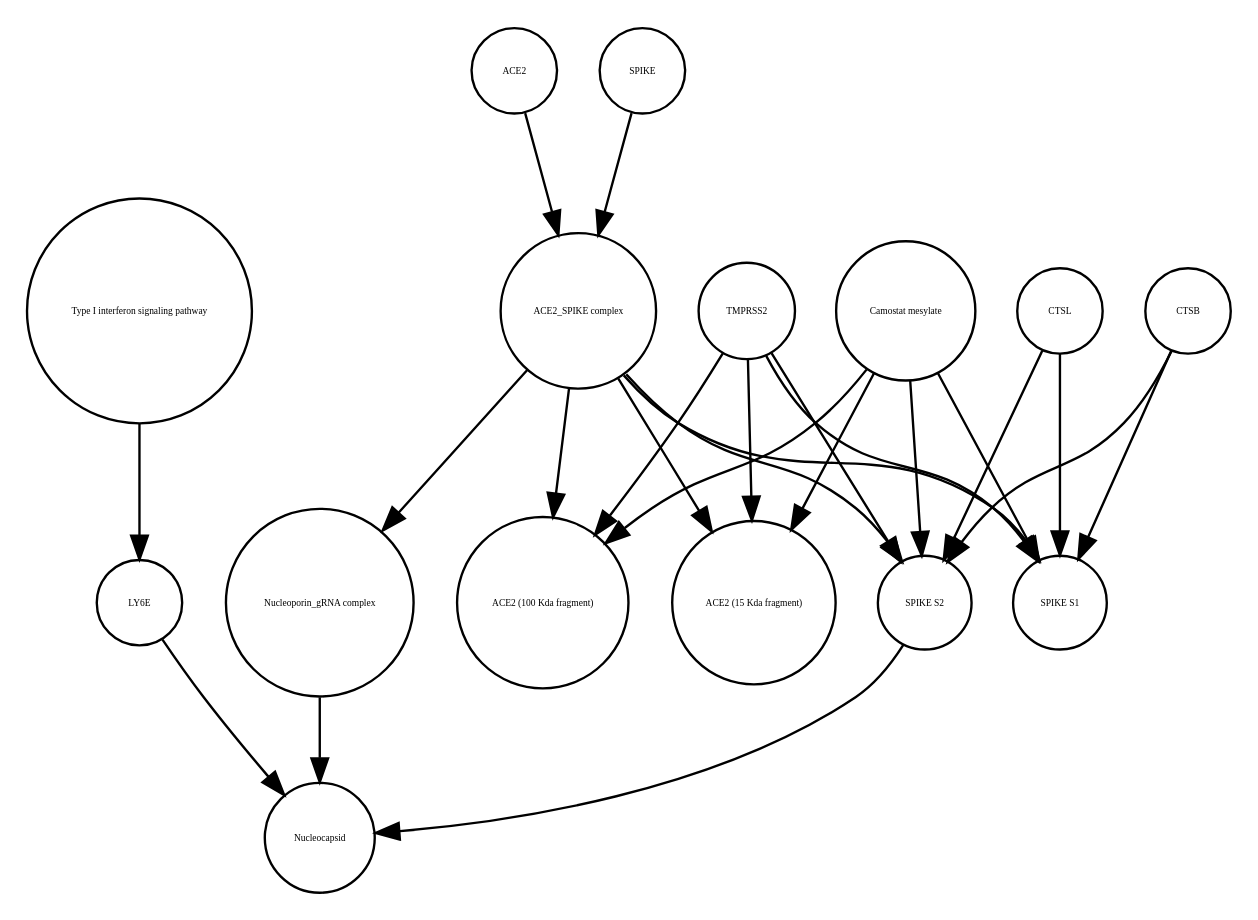
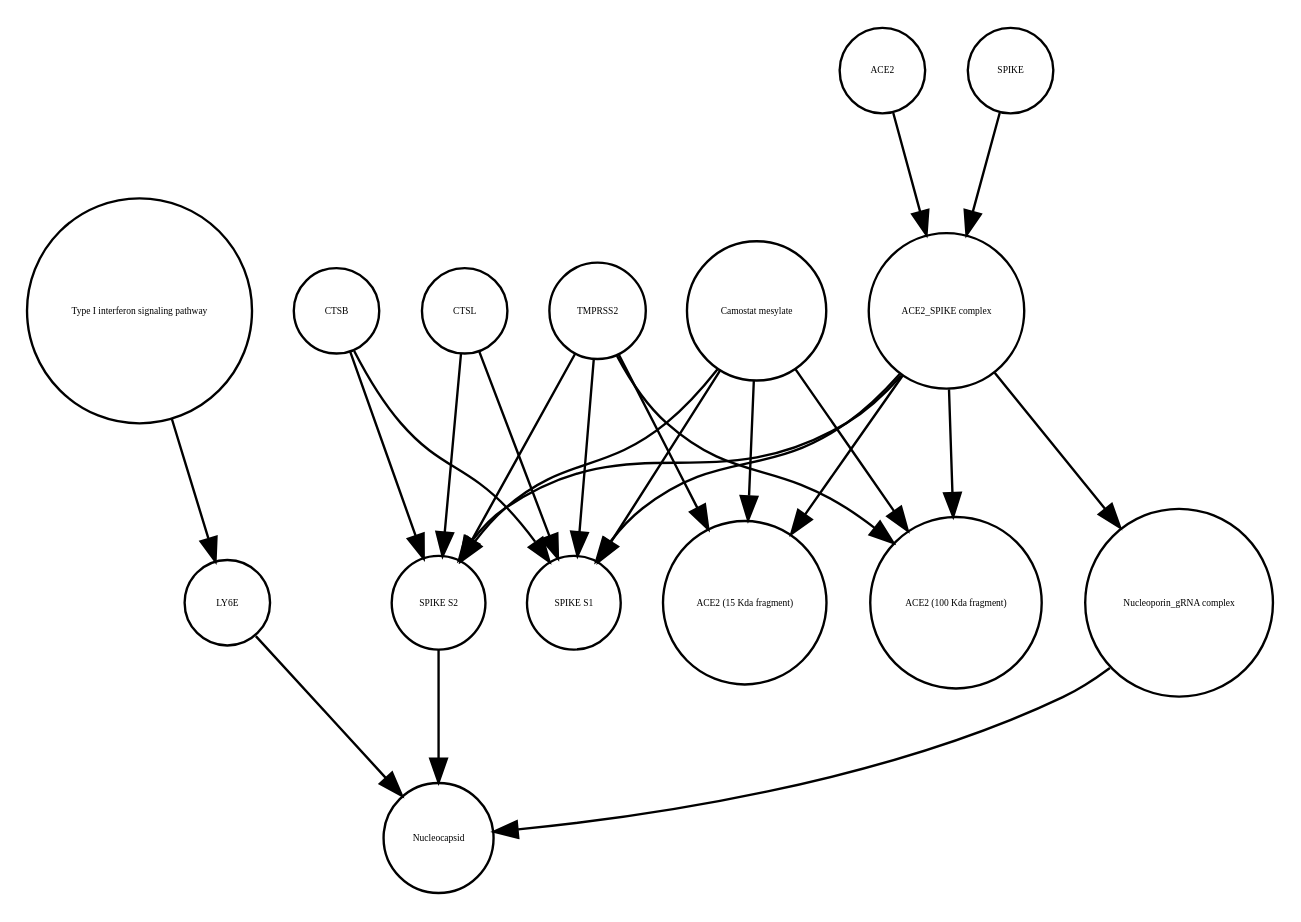
The diagram in Virus_replication_cycle_V02.xml_projected.dot (cannin/covid19-sbgn), drawn with Graphviz before and after one commit. The commit also changed other lines of this file and 580 other files, not shown here.

```diff
--- a/Virus_replication_cycle_V02.xml_projected.dot
+++ b/Virus_replication_cycle_V02.xml_projected.dot
@@ -1,40 +1,40 @@
 strict digraph  {
 "Type I interferon signaling pathway" [annotation="", bipartite=0, cls=phenotype, fontsize=4, label="Type I interferon signaling pathway", shape=circle];
 LY6E [annotation="", bipartite=0, cls=macromolecule, fontsize=4, label=LY6E, shape=circle];
 "ACE2_SPIKE complex" [annotation="", bipartite=0, cls=complex, fontsize=4, label="ACE2_SPIKE complex", shape=circle];
-"ACE2 (100 Kda fragment)" [annotation="", bipartite=0, cls=macromolecule, fontsize=4, label="ACE2 (100 Kda fragment)", shape=circle];
-Nucleocapsid [annotation="", bipartite=0, cls=complex, fontsize=4, label=Nucleocapsid, shape=circle];
-TMPRSS2 [annotation="", bipartite=0, cls=macromolecule, fontsize=4, label=TMPRSS2, shape=circle];
+"SPIKE S2" [annotation="", bipartite=0, cls=macromolecule, fontsize=4, label="SPIKE S2", shape=circle];
+ACE2 [annotation="", bipartite=0, cls=macromolecule, fontsize=4, label=ACE2, shape=circle];
 "ACE2 (15 Kda fragment)" [annotation="", bipartite=0, cls=macromolecule, fontsize=4, label="ACE2 (15 Kda fragment)", shape=circle];
-"SPIKE S2" [annotation="", bipartite=0, cls=macromolecule, fontsize=4, label="SPIKE S2", shape=circle];
-CTSL [annotation="", bipartite=0, cls=macromolecule, fontsize=4, label=CTSL, shape=circle];
-ACE2 [annotation="", bipartite=0, cls=macromolecule, fontsize=4, label=ACE2, shape=circle];
-SPIKE [annotation="", bipartite=0, cls="macromolecule multimer", fontsize=4, label=SPIKE, shape=circle];
-"Camostat mesylate" [annotation="urn_miriam_pubchem.compound_2536", bipartite=0, cls="simple chemical", fontsize=4, label="Camostat mesylate", shape=circle];
 CTSB [annotation="", bipartite=0, cls=macromolecule, fontsize=4, label=CTSB, shape=circle];
 "Nucleoporin_gRNA complex " [annotation="", bipartite=0, cls=complex, fontsize=4, label="Nucleoporin_gRNA complex ", shape=circle];
+CTSL [annotation="", bipartite=0, cls=macromolecule, fontsize=4, label=CTSL, shape=circle];
+TMPRSS2 [annotation="", bipartite=0, cls=macromolecule, fontsize=4, label=TMPRSS2, shape=circle];
+SPIKE [annotation="", bipartite=0, cls="macromolecule multimer", fontsize=4, label=SPIKE, shape=circle];
 "SPIKE S1" [annotation="", bipartite=0, cls=macromolecule, fontsize=4, label="SPIKE S1", shape=circle];
+"Camostat mesylate" [annotation="urn_miriam_pubchem.compound_2536", bipartite=0, cls="simple chemical", fontsize=4, label="Camostat mesylate", shape=circle];
+Nucleocapsid [annotation="", bipartite=0, cls=complex, fontsize=4, label=Nucleocapsid, shape=circle];
+"ACE2 (100 Kda fragment)" [annotation="", bipartite=0, cls=macromolecule, fontsize=4, label="ACE2 (100 Kda fragment)", shape=circle];
 "Type I interferon signaling pathway" -> LY6E  [annotation="", interaction_type=stimulation];
 LY6E -> Nucleocapsid  [annotation="urn_miriam_doi_10.1101%2F2020.03.05.979260|urn_miriam_doi_10.1101%2F2020.04.02.021469", interaction_type=inhibition];
+"ACE2_SPIKE complex" -> "SPIKE S2"  [annotation="", interaction_type=production];
+"ACE2_SPIKE complex" -> "ACE2 (15 Kda fragment)"  [annotation="", interaction_type=production];
+"ACE2_SPIKE complex" -> "SPIKE S1"  [annotation="", interaction_type=production];
 "ACE2_SPIKE complex" -> "ACE2 (100 Kda fragment)"  [annotation="", interaction_type=production];
-"ACE2_SPIKE complex" -> "ACE2 (15 Kda fragment)"  [annotation="", interaction_type=production];
-"ACE2_SPIKE complex" -> "SPIKE S2"  [annotation="", interaction_type=production];
-"ACE2_SPIKE complex" -> "SPIKE S1"  [annotation="", interaction_type=production];
 "ACE2_SPIKE complex" -> "Nucleoporin_gRNA complex "  [annotation="urn_miriam_pubmed_32142651|urn_miriam_pubmed_32094589", interaction_type=stimulation];
-TMPRSS2 -> "ACE2 (15 Kda fragment)"  [annotation="urn_miriam_pubmed_32142651|urn_miriam_pubmed_32094589|urn_miriam_pubmed_24227843", interaction_type=catalysis];
+"SPIKE S2" -> Nucleocapsid  [annotation="", interaction_type=stimulation];
+ACE2 -> "ACE2_SPIKE complex"  [annotation="", interaction_type=production];
+CTSB -> "SPIKE S1"  [annotation=urn_miriam_pubmed_32142651, interaction_type=catalysis];
+CTSB -> "SPIKE S2"  [annotation=urn_miriam_pubmed_32142651, interaction_type=catalysis];
+"Nucleoporin_gRNA complex " -> Nucleocapsid  [annotation="", interaction_type=production];
+CTSL -> "SPIKE S1"  [annotation=urn_miriam_pubmed_32142651, interaction_type=catalysis];
+CTSL -> "SPIKE S2"  [annotation=urn_miriam_pubmed_32142651, interaction_type=catalysis];
+TMPRSS2 -> "SPIKE S1"  [annotation="urn_miriam_pubmed_32142651|urn_miriam_pubmed_32094589|urn_miriam_pubmed_24227843", interaction_type=catalysis];
 TMPRSS2 -> "ACE2 (100 Kda fragment)"  [annotation="urn_miriam_pubmed_32142651|urn_miriam_pubmed_32094589|urn_miriam_pubmed_24227843", interaction_type=catalysis];
 TMPRSS2 -> "SPIKE S2"  [annotation="urn_miriam_pubmed_32142651|urn_miriam_pubmed_32094589|urn_miriam_pubmed_24227843", interaction_type=catalysis];
-TMPRSS2 -> "SPIKE S1"  [annotation="urn_miriam_pubmed_32142651|urn_miriam_pubmed_32094589|urn_miriam_pubmed_24227843", interaction_type=catalysis];
-"SPIKE S2" -> Nucleocapsid  [annotation="", interaction_type=stimulation];
-CTSL -> "SPIKE S2"  [annotation=urn_miriam_pubmed_32142651, interaction_type=catalysis];
-CTSL -> "SPIKE S1"  [annotation=urn_miriam_pubmed_32142651, interaction_type=catalysis];
-ACE2 -> "ACE2_SPIKE complex"  [annotation="", interaction_type=production];
+TMPRSS2 -> "ACE2 (15 Kda fragment)"  [annotation="urn_miriam_pubmed_32142651|urn_miriam_pubmed_32094589|urn_miriam_pubmed_24227843", interaction_type=catalysis];
 SPIKE -> "ACE2_SPIKE complex"  [annotation="", interaction_type=production];
-"Camostat mesylate" -> "ACE2 (15 Kda fragment)"  [annotation="urn_miriam_pubmed_32142651|urn_miriam_pubmed_32094589|urn_miriam_pubmed_24227843", interaction_type=inhibition];
+"Camostat mesylate" -> "SPIKE S1"  [annotation="urn_miriam_pubmed_32142651|urn_miriam_pubmed_32094589|urn_miriam_pubmed_24227843", interaction_type=inhibition];
 "Camostat mesylate" -> "ACE2 (100 Kda fragment)"  [annotation="urn_miriam_pubmed_32142651|urn_miriam_pubmed_32094589|urn_miriam_pubmed_24227843", interaction_type=inhibition];
 "Camostat mesylate" -> "SPIKE S2"  [annotation="urn_miriam_pubmed_32142651|urn_miriam_pubmed_32094589|urn_miriam_pubmed_24227843", interaction_type=inhibition];
-"Camostat mesylate" -> "SPIKE S1"  [annotation="urn_miriam_pubmed_32142651|urn_miriam_pubmed_32094589|urn_miriam_pubmed_24227843", interaction_type=inhibition];
-CTSB -> "SPIKE S2"  [annotation=urn_miriam_pubmed_32142651, interaction_type=catalysis];
-CTSB -> "SPIKE S1"  [annotation=urn_miriam_pubmed_32142651, interaction_type=catalysis];
-"Nucleoporin_gRNA complex " -> Nucleocapsid  [annotation="", interaction_type=production];
+"Camostat mesylate" -> "ACE2 (15 Kda fragment)"  [annotation="urn_miriam_pubmed_32142651|urn_miriam_pubmed_32094589|urn_miriam_pubmed_24227843", interaction_type=inhibition];
 }
```
